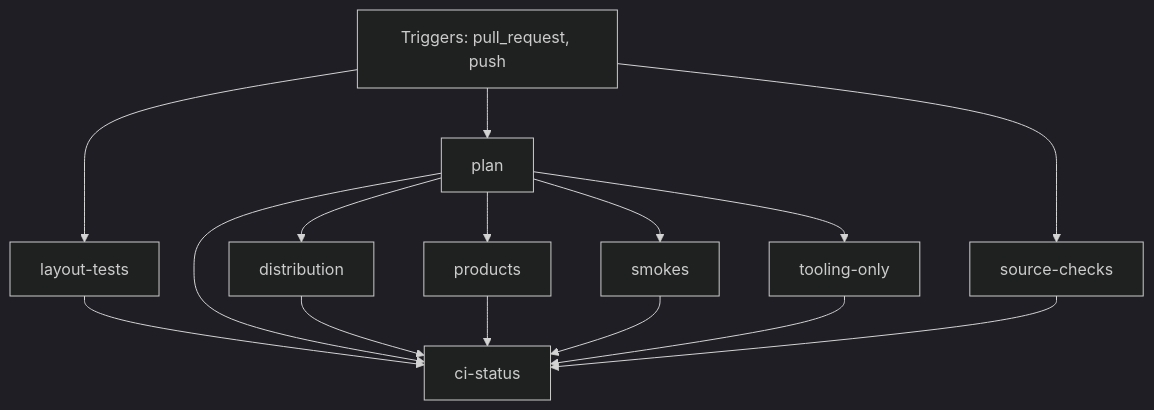
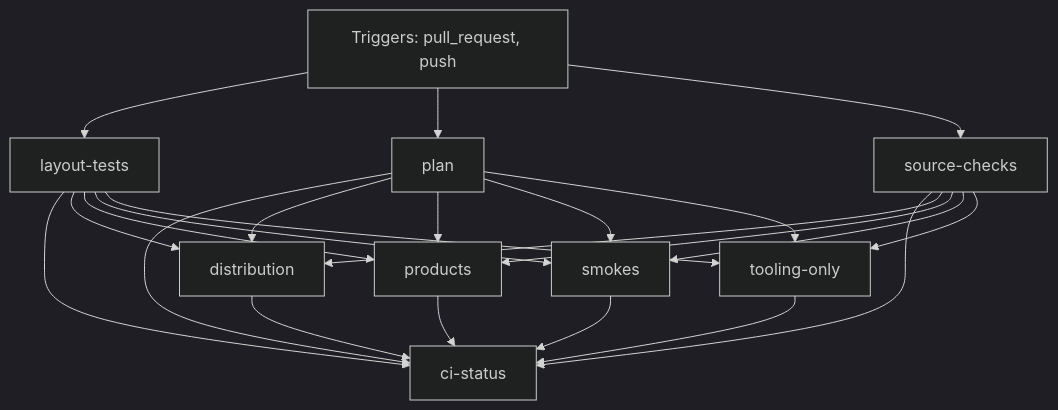
Before and after one commit to FrenchExDev2/QuietCli.PoSh: the diagram in docs/ci/github/script-companions-ci.md, drawn with Mermaid (dark theme). The commit also changed other lines of this file and 22 other files, not shown here.

```diff
--- a/docs/ci/github/script-companions-ci.md
+++ b/docs/ci/github/script-companions-ci.md
@@ -28,26 +30,34 @@
 ~~~mermaid
 flowchart TD
     event["Triggers: pull_request, push"]
     job_ci_status["ci-status"]
     job_distribution["distribution"]
     job_layout_tests["layout-tests"]
     job_plan["plan"]
     job_products["products"]
     job_smokes["smokes"]
     job_source_checks["source-checks"]
     job_tooling_only["tooling-only"]
     job_plan --> job_ci_status
     job_source_checks --> job_ci_status
     job_layout_tests --> job_ci_status
     job_products --> job_ci_status
     job_smokes --> job_ci_status
     job_tooling_only --> job_ci_status
     job_distribution --> job_ci_status
     job_plan --> job_distribution
+    job_source_checks --> job_distribution
+    job_layout_tests --> job_distribution
     event --> job_layout_tests
     event --> job_plan
     job_plan --> job_products
+    job_source_checks --> job_products
+    job_layout_tests --> job_products
     job_plan --> job_smokes
+    job_source_checks --> job_smokes
+    job_layout_tests --> job_smokes
     event --> job_source_checks
     job_plan --> job_tooling_only
+    job_source_checks --> job_tooling_only
+    job_layout_tests --> job_tooling_only
 ~~~
```
